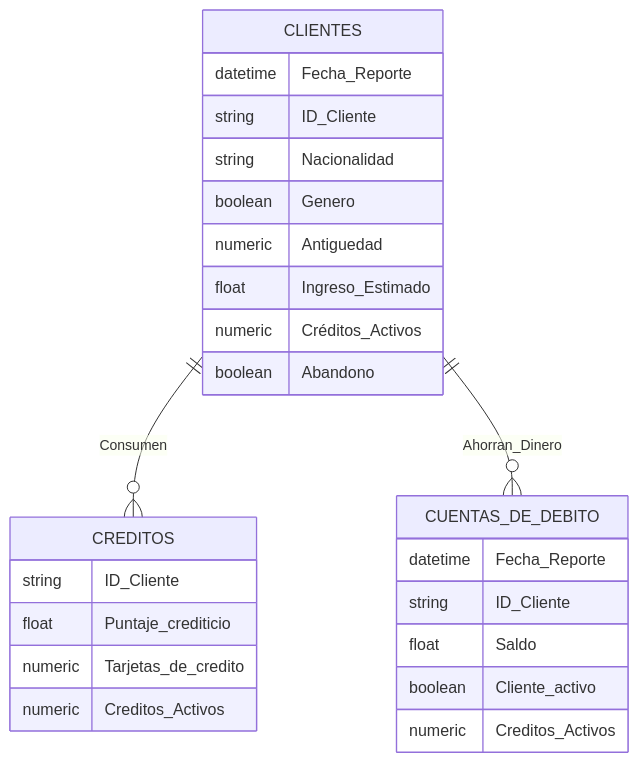
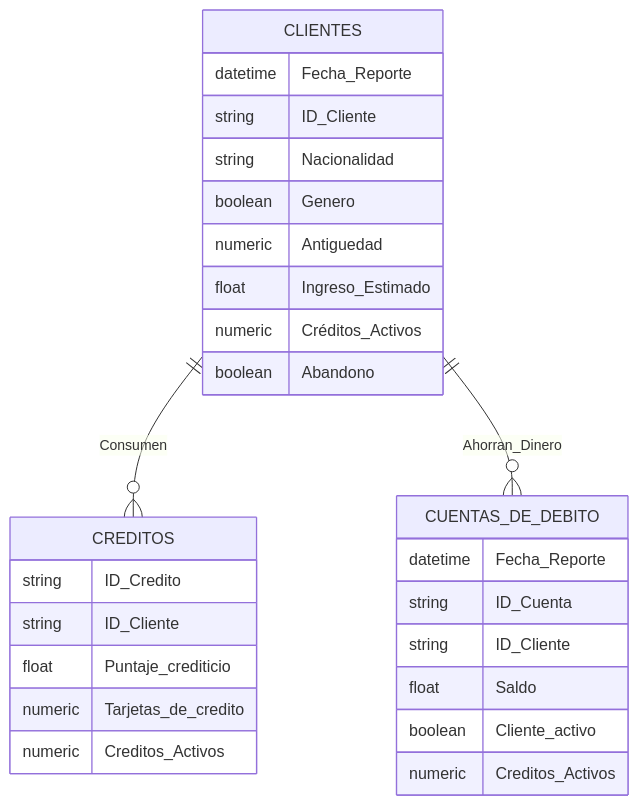
Before and after one commit to Leonardogamu/mcd---BDR2025: the diagram in Tarea 3/Tarea 3 - Modelo Relacional y Algebra Relacional.md, drawn with Mermaid. The commit also changed other lines of this file, not shown here.

`````diff
--- a/Tarea 3/Tarea 3 - Modelo Relacional y Algebra Relacional.md
+++ b/Tarea 3/Tarea 3 - Modelo Relacional y Algebra Relacional.md
@@ -32,32 +34,34 @@
 ```mermaid
 
 erDiagram
     CLIENTES ||--o{ CREDITOS : Consumen
     CLIENTES ||--o{ CUENTAS_DE_DEBITO : Ahorran_Dinero
 
     CLIENTES {
         datetime Fecha_Reporte 
         string ID_Cliente 
         string Nacionalidad
         boolean Genero
         numeric Antiguedad
         float Ingreso_Estimado
         numeric Créditos_Activos
         boolean Abandono
     }
 
     CREDITOS {
+        string ID_Credito
         string ID_Cliente
         float Puntaje_crediticio
         numeric Tarjetas_de_credito
         numeric Creditos_Activos
     }
 
     CUENTAS_DE_DEBITO {
         datetime Fecha_Reporte  
+        string ID_Cuenta
         string ID_Cliente 
         float Saldo
         boolean Cliente_activo
         numeric Creditos_Activos
     }
 ````
`````
